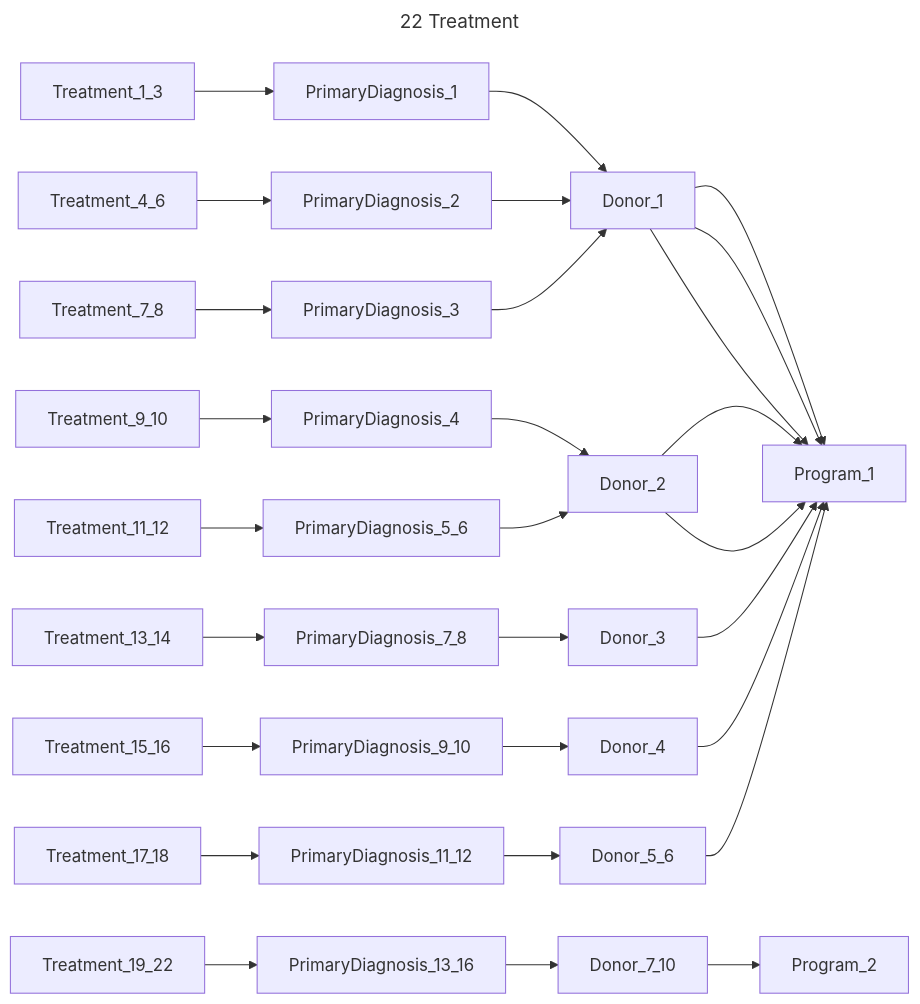
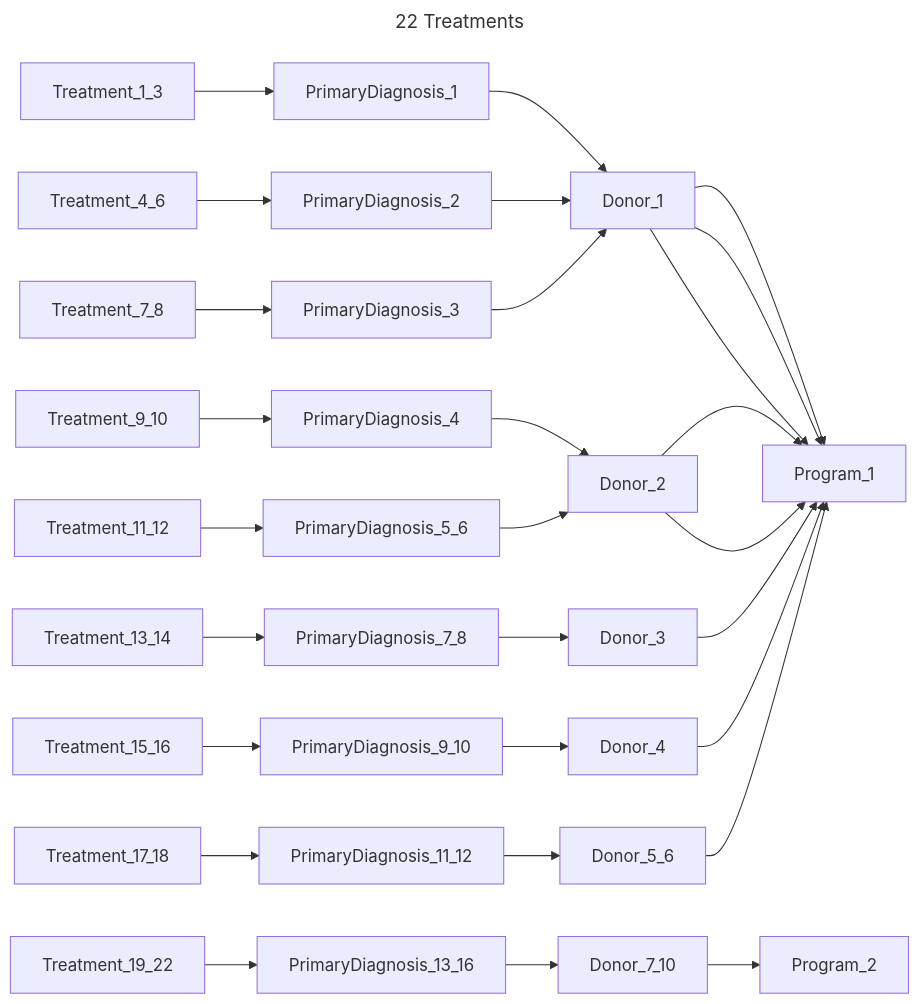
The fifth of 13 diagrams in chord_metadata_service/mohpackets/data/small_dataset/README.md (bento-platform/katsu), drawn with Mermaid before and after one commit. The commit also changed other lines of this file, not shown here.

````diff
--- a/chord_metadata_service/mohpackets/data/small_dataset/README.md
+++ b/chord_metadata_service/mohpackets/data/small_dataset/README.md
@@ -167,15 +70,15 @@
 ```mermaid
 ---
-title: 22 Treatment
+title: 22 Treatments
 ---
 graph LR;  
   Treatment_1_3 --> PrimaryDiagnosis_1 --> Donor_1 --> Program_1;  
   Treatment_4_6 --> PrimaryDiagnosis_2 --> Donor_1 --> Program_1;  
   Treatment_7_8 --> PrimaryDiagnosis_3 --> Donor_1 --> Program_1;  
   Treatment_9_10 --> PrimaryDiagnosis_4 --> Donor_2 --> Program_1;  
   Treatment_11_12 --> PrimaryDiagnosis_5_6 --> Donor_2 --> Program_1;  
   Treatment_13_14 --> PrimaryDiagnosis_7_8 --> Donor_3 --> Program_1;  
   Treatment_15_16 --> PrimaryDiagnosis_9_10 --> Donor_4 --> Program_1;  
   Treatment_17_18 --> PrimaryDiagnosis_11_12 --> Donor_5_6 --> Program_1;  
   Treatment_19_22 --> PrimaryDiagnosis_13_16 --> Donor_7_10 --> Program_2;
 ```
````
